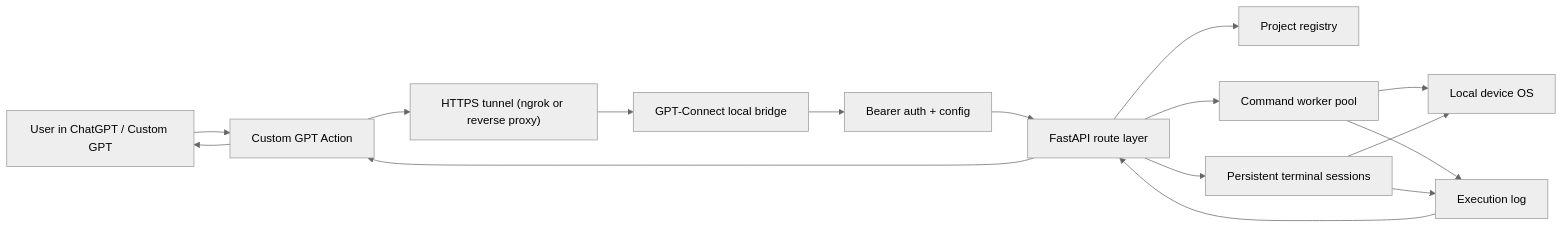
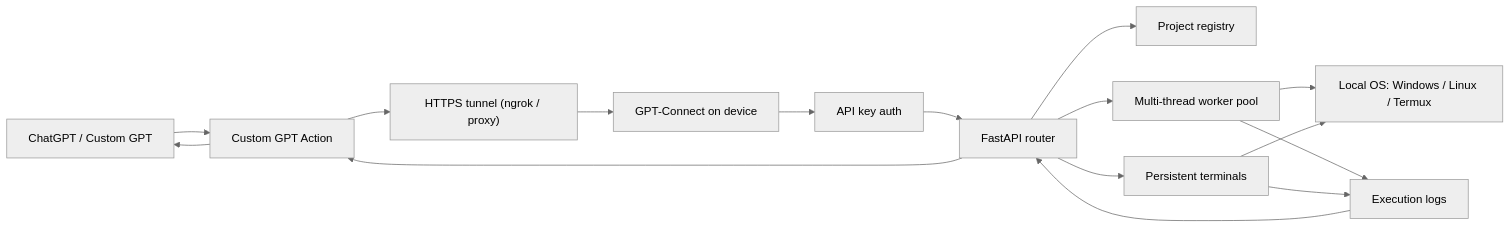
One commit to shahidx0x/gpt-connector changed the first of 3 diagrams in README.md. Above: the diagram before and after it, drawn with Mermaid (neutral theme). The commit also changed other lines of this file, not shown here.

````diff
--- a/README.md
+++ b/README.md
@@ -76,30 +65,24 @@
 ```mermaid
 flowchart LR
-    User["User in ChatGPT / Custom GPT"]
+    GPT["ChatGPT / Custom GPT"]
     Action["Custom GPT Action"]
-    Tunnel["HTTPS tunnel (ngrok or reverse proxy)"]
-    Bridge["GPT-Connect local bridge"]
-    Auth["Bearer auth + config"]
-    Router["FastAPI route layer"]
+    Tunnel["HTTPS tunnel (ngrok / proxy)"]
+    Bridge["GPT-Connect on device"]
+    Auth["API key auth"]
+    Router["FastAPI router"]
     Projects["Project registry"]
-    Workers["Command worker pool"]
-    Terminals["Persistent terminal sessions"]
-    Logs["Execution log"]
-    Device["Local device OS"]
+    Pool["Multi-thread worker pool"]
+    Terminal["Persistent terminals"]
+    Logs["Execution logs"]
+    OS["Local OS: Windows / Linux / Termux"]
 
-    User --> Action
-    Action --> Tunnel
-    Tunnel --> Bridge
-    Bridge --> Auth
-    Auth --> Router
+    GPT --> Action --> Tunnel --> Bridge --> Auth --> Router
     Router --> Projects
-    Router --> Workers
-    Router --> Terminals
-    Workers --> Device
-    Terminals --> Device
-    Workers --> Logs
-    Terminals --> Logs
-    Logs --> Router
-    Router --> Action
-    Action --> User
+    Router --> Pool
+    Router --> Terminal
+    Pool --> OS
+    Terminal --> OS
+    Pool --> Logs
+    Terminal --> Logs
+    Logs --> Router --> Action --> GPT
 ```
````
